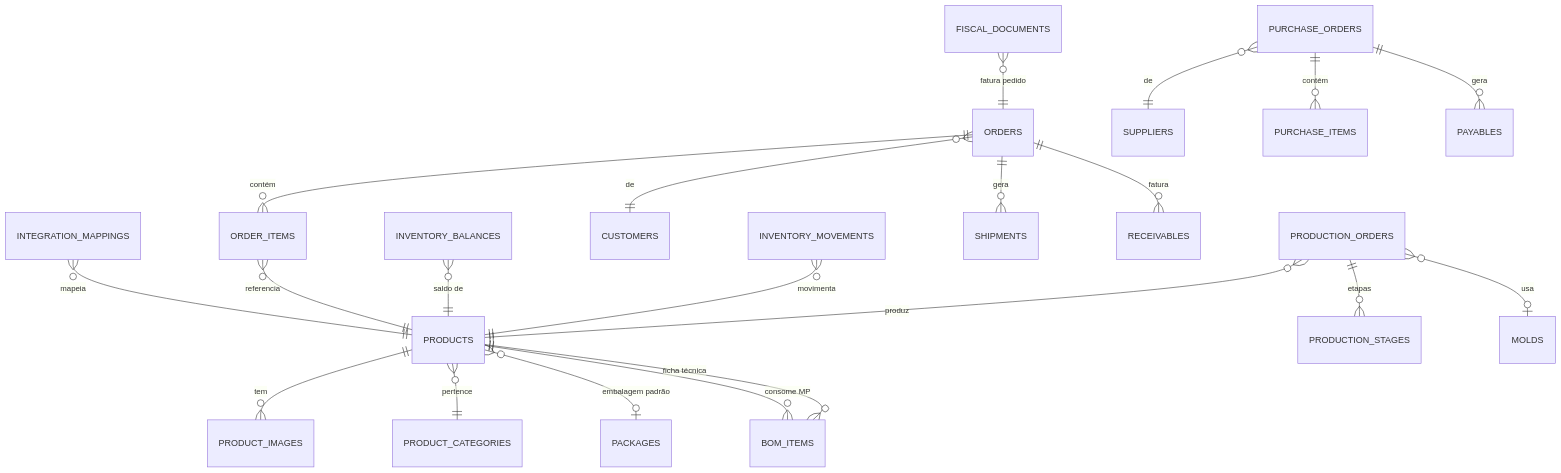
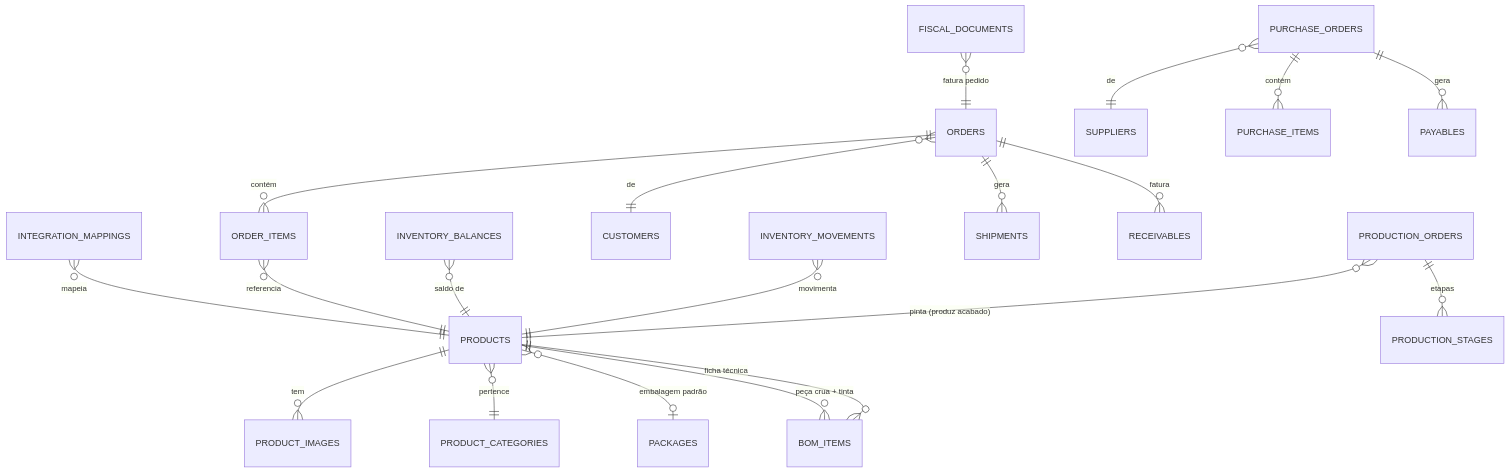
Before and after one commit to diegocarlesso/Gestao_Dona_Arteira: the diagram in docs/04-Banco-de-Dados/01-modelo-conceitual.md, drawn with Mermaid. The commit also changed other lines of this file and 24 other files, not shown here.

````diff
--- a/docs/04-Banco-de-Dados/01-modelo-conceitual.md
+++ b/docs/04-Banco-de-Dados/01-modelo-conceitual.md
@@ -8,23 +8,22 @@
 ```mermaid
 erDiagram
     PRODUCTS ||--o{ PRODUCT_IMAGES : tem
     PRODUCTS }o--|| PRODUCT_CATEGORIES : pertence
     PRODUCTS }o--o| PACKAGES : "embalagem padrão"
     PRODUCTS ||--o{ BOM_ITEMS : "ficha técnica"
-    BOM_ITEMS }o--|| PRODUCTS : "consome MP"
-    PRODUCTION_ORDERS }o--|| PRODUCTS : produz
+    BOM_ITEMS }o--|| PRODUCTS : "peça crua + tinta"
+    PRODUCTION_ORDERS }o--|| PRODUCTS : "pinta (produz acabado)"
     PRODUCTION_ORDERS ||--o{ PRODUCTION_STAGES : "etapas"
-    PRODUCTION_ORDERS }o--o| MOLDS : usa
     INVENTORY_MOVEMENTS }o--|| PRODUCTS : movimenta
     INVENTORY_BALANCES }o--|| PRODUCTS : "saldo de"
     ORDERS }o--|| CUSTOMERS : de
     ORDERS ||--o{ ORDER_ITEMS : contém
     ORDER_ITEMS }o--|| PRODUCTS : referencia
     ORDERS ||--o{ SHIPMENTS : gera
     ORDERS ||--o{ RECEIVABLES : fatura
     PURCHASE_ORDERS }o--|| SUPPLIERS : de
     PURCHASE_ORDERS ||--o{ PURCHASE_ITEMS : contém
     PURCHASE_ORDERS ||--o{ PAYABLES : gera
     FISCAL_DOCUMENTS }o--|| ORDERS : "fatura pedido"
     INTEGRATION_MAPPINGS }o--|| PRODUCTS : mapeia
 ```
````
